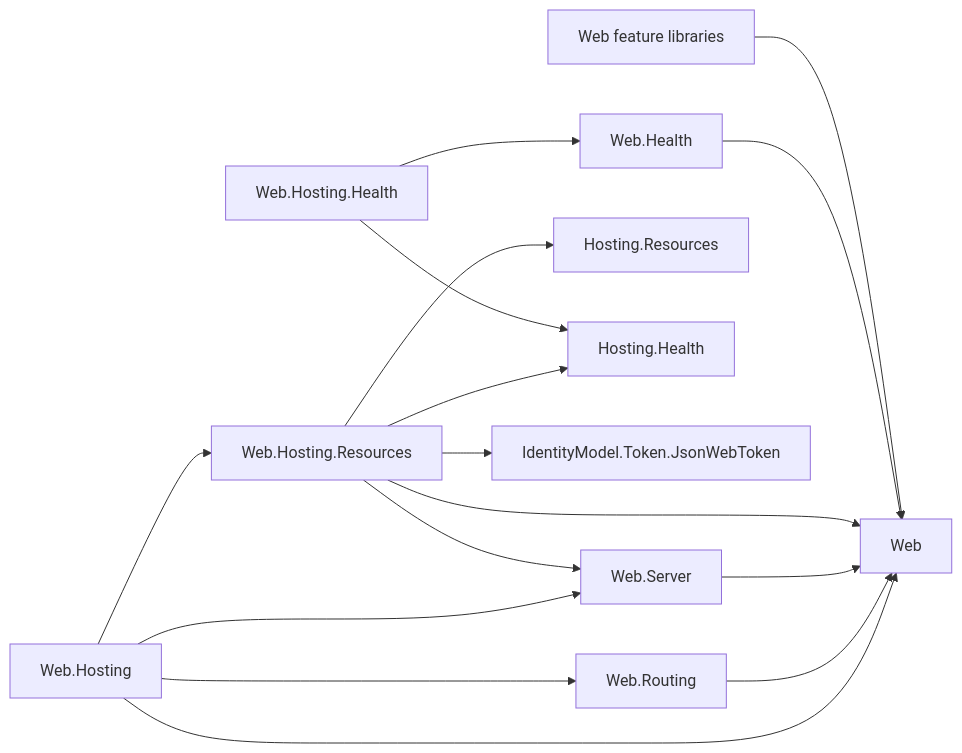
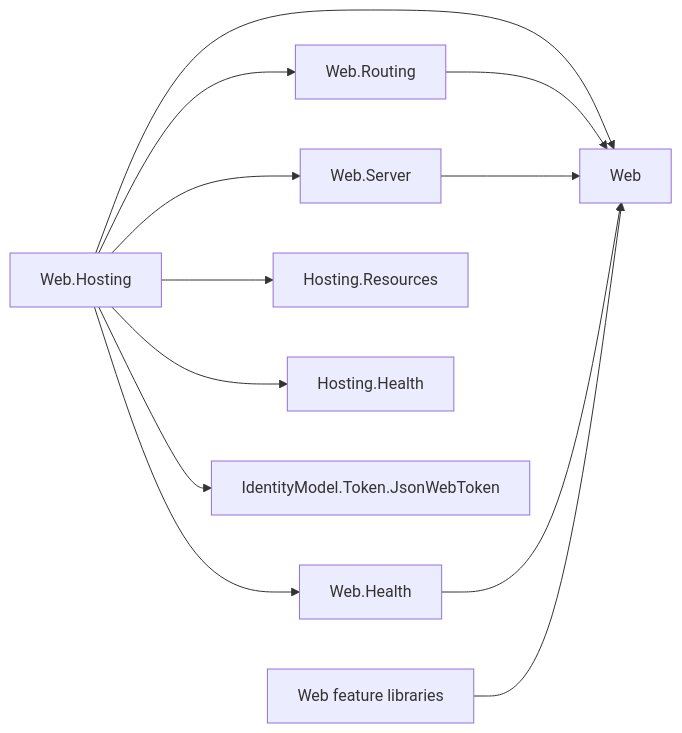
The diagram in resources/Web/README.md (assimalign/cohesion), drawn with Mermaid before and after one commit. The commit also changed other lines of this file and 174 other files, not shown here.

First line of the commit message:
refactor(web): roll hosting integrations into Web.Hosting [L03.01.01.48.01]

````diff
--- a/resources/Web/README.md
+++ b/resources/Web/README.md
@@ -164,18 +169,14 @@
 ```mermaid
 flowchart LR
     Host["Web.Hosting"] --> Root["Web"]
     Host --> Routing["Web.Routing"]
     Host --> Server["Web.Server"]
-    Host --> Resources["Web.Hosting.Resources"]
+    Host --> Health["Web.Health"]
     Routing --> Root
     Server --> Root
-    Resources --> Root
-    Resources --> Server
-    Resources --> HR["Hosting.Resources"]
-    Resources --> HH["Hosting.Health"]
-    Resources --> JWT["IdentityModel.Token.JsonWebToken"]
-    Adapter["Web.Hosting.Health"] --> Health["Web.Health"]
-    Adapter --> HH
+    Host --> HR["Hosting.Resources"]
+    Host --> HH["Hosting.Health"]
+    Host --> JWT["IdentityModel.Token.JsonWebToken"]
     Health --> Root
     Feature["Web feature libraries"] --> Root
 ```
````
